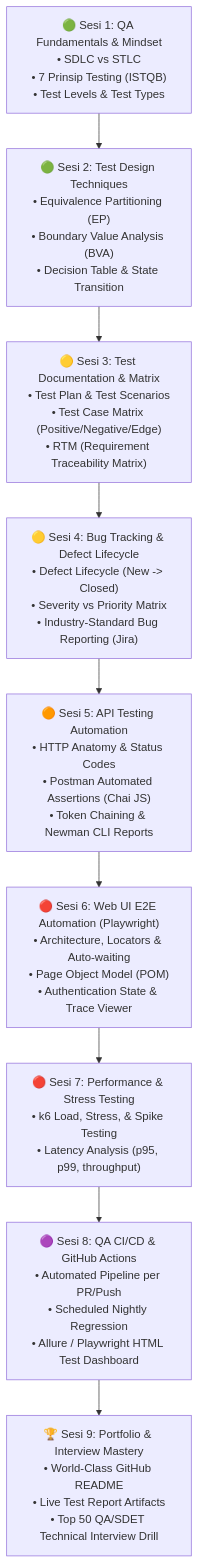
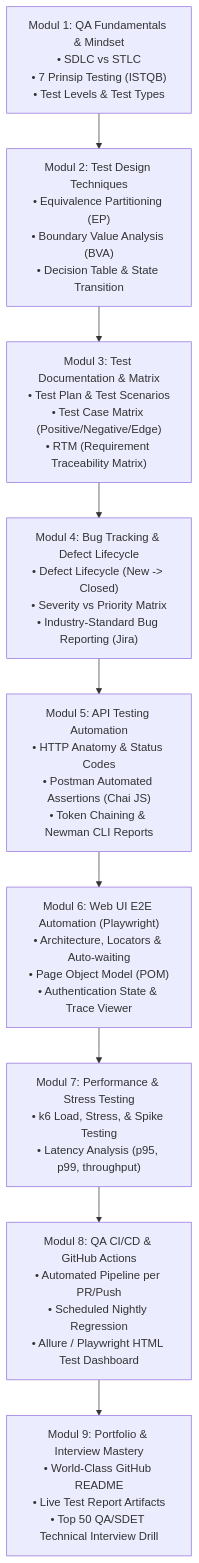
Before and after one commit to Nyanns/lumiina-qa-automation: the first of 2 diagrams in KURIKULUM_QA.md, drawn with Mermaid. The commit also changed other lines of this file and 2 other files, not shown here.

Commit message:
style(docs): remove decorative emojis and elevate documentation to enterprise engineering standards

````diff
--- a/KURIKULUM_QA.md
+++ b/KURIKULUM_QA.md
@@ -28,14 +28,14 @@
 ```mermaid
 flowchart TD
-    M1["🟢 Sesi 1: QA Fundamentals & Mindset<br/>• SDLC vs STLC<br/>• 7 Prinsip Testing (ISTQB)<br/>• Test Levels & Test Types"]
-    M2["🟢 Sesi 2: Test Design Techniques<br/>• Equivalence Partitioning (EP)<br/>• Boundary Value Analysis (BVA)<br/>• Decision Table & State Transition"]
-    M3["🟡 Sesi 3: Test Documentation & Matrix<br/>• Test Plan & Test Scenarios<br/>• Test Case Matrix (Positive/Negative/Edge)<br/>• RTM (Requirement Traceability Matrix)"]
-    M4["🟡 Sesi 4: Bug Tracking & Defect Lifecycle<br/>• Defect Lifecycle (New -> Closed)<br/>• Severity vs Priority Matrix<br/>• Industry-Standard Bug Reporting (Jira)"]
-    M5["🟠 Sesi 5: API Testing Automation<br/>• HTTP Anatomy & Status Codes<br/>• Postman Automated Assertions (Chai JS)<br/>• Token Chaining & Newman CLI Reports"]
-    M6["🔴 Sesi 6: Web UI E2E Automation (Playwright)<br/>• Architecture, Locators & Auto-waiting<br/>• Page Object Model (POM)<br/>• Authentication State & Trace Viewer"]
-    M7["🔴 Sesi 7: Performance & Stress Testing<br/>• k6 Load, Stress, & Spike Testing<br/>• Latency Analysis (p95, p99, throughput)"]
-    M8["🟣 Sesi 8: QA CI/CD & GitHub Actions<br/>• Automated Pipeline per PR/Push<br/>• Scheduled Nightly Regression<br/>• Allure / Playwright HTML Test Dashboard"]
-    M9["🏆 Sesi 9: Portfolio & Interview Mastery<br/>• World-Class GitHub README<br/>• Live Test Report Artifacts<br/>• Top 50 QA/SDET Technical Interview Drill"]
+    M1["Modul 1: QA Fundamentals & Mindset<br/>• SDLC vs STLC<br/>• 7 Prinsip Testing (ISTQB)<br/>• Test Levels & Test Types"]
+    M2["Modul 2: Test Design Techniques<br/>• Equivalence Partitioning (EP)<br/>• Boundary Value Analysis (BVA)<br/>• Decision Table & State Transition"]
+    M3["Modul 3: Test Documentation & Matrix<br/>• Test Plan & Test Scenarios<br/>• Test Case Matrix (Positive/Negative/Edge)<br/>• RTM (Requirement Traceability Matrix)"]
+    M4["Modul 4: Bug Tracking & Defect Lifecycle<br/>• Defect Lifecycle (New -> Closed)<br/>• Severity vs Priority Matrix<br/>• Industry-Standard Bug Reporting (Jira)"]
+    M5["Modul 5: API Testing Automation<br/>• HTTP Anatomy & Status Codes<br/>• Postman Automated Assertions (Chai JS)<br/>• Token Chaining & Newman CLI Reports"]
+    M6["Modul 6: Web UI E2E Automation (Playwright)<br/>• Architecture, Locators & Auto-waiting<br/>• Page Object Model (POM)<br/>• Authentication State & Trace Viewer"]
+    M7["Modul 7: Performance & Stress Testing<br/>• k6 Load, Stress, & Spike Testing<br/>• Latency Analysis (p95, p99, throughput)"]
+    M8["Modul 8: QA CI/CD & GitHub Actions<br/>• Automated Pipeline per PR/Push<br/>• Scheduled Nightly Regression<br/>• Allure / Playwright HTML Test Dashboard"]
+    M9["Modul 9: Portfolio & Interview Mastery<br/>• World-Class GitHub README<br/>• Live Test Report Artifacts<br/>• Top 50 QA/SDET Technical Interview Drill"]
 
     M1 --> M2 --> M3 --> M4 --> M5 --> M6 --> M7 --> M8 --> M9
 ```
````
